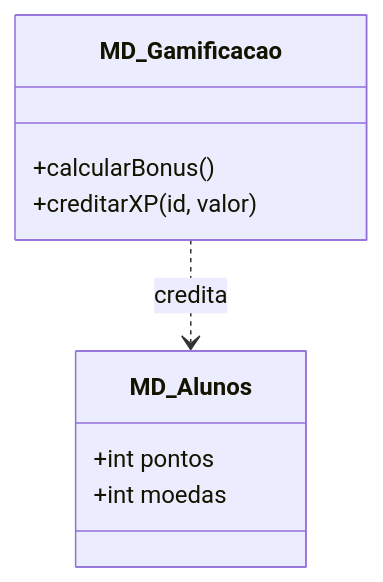
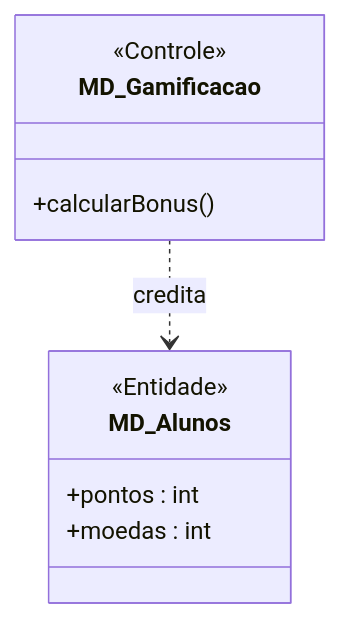
The first of 2 diagrams in PIM_III/02_Modelagem_UML_Astah/UC12_Atribuir_XP_Moedas/README.md (MayconDIS/PIM_III-Documentacao_UML), drawn with Mermaid before and after one commit. The commit also changed other lines of this file and 17 other files, not shown here.

````diff
--- a/PIM_III/02_Modelagem_UML_Astah/UC12_Atribuir_XP_Moedas/README.md
+++ b/PIM_III/02_Modelagem_UML_Astah/UC12_Atribuir_XP_Moedas/README.md
@@ -31,12 +29,13 @@
 ```mermaid
 classDiagram
     class MD_Gamificacao {
+        <<Controle>>
         +calcularBonus()
-        +creditarXP(id, valor)
     }
     class MD_Alunos {
-        +int pontos
-        +int moedas
+        <<Entidade>>
+        +pontos : int
+        +moedas : int
     }
     MD_Gamificacao ..> MD_Alunos : credita
 ```
````
